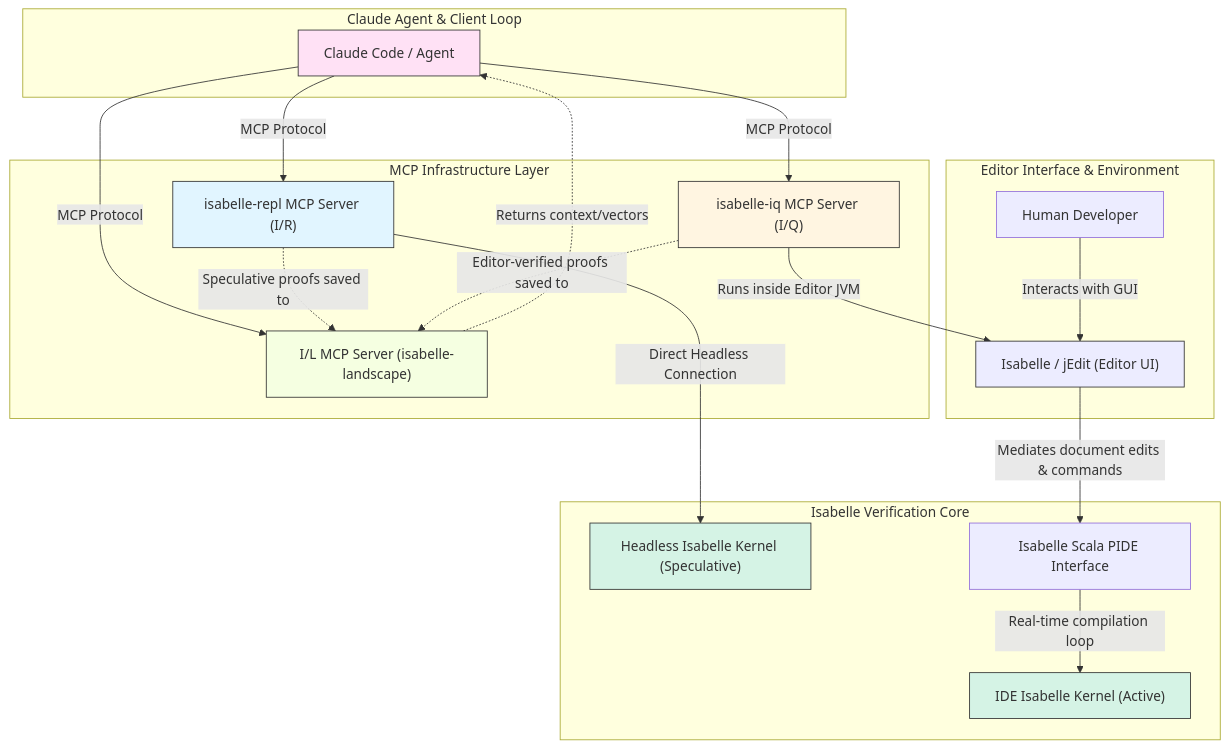
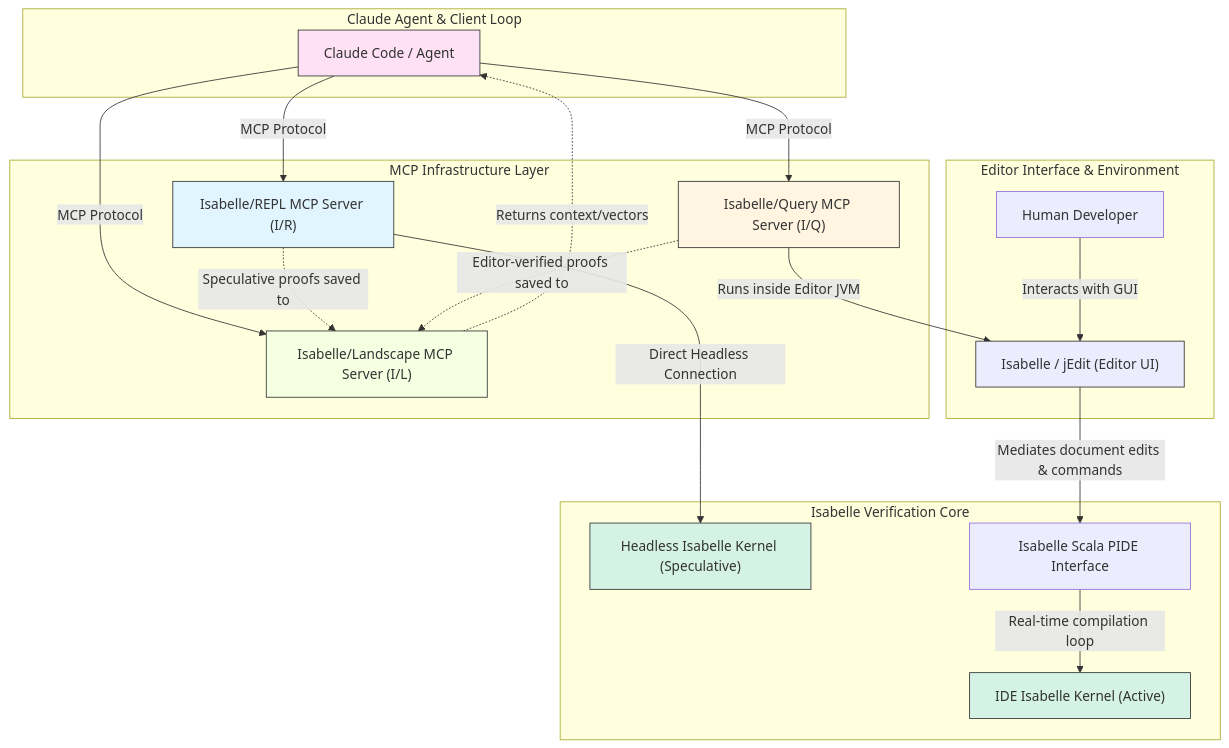
The second of 2 diagrams in I_L Technical Report.md (luizgcorreia/edel), drawn with Mermaid before and after one commit. The commit also changed other lines of this file, not shown here.

Commit message:
Update technical report with landscape height calculation and significance search features

````diff
--- a/I_L Technical Report.md
+++ b/I_L Technical Report.md
@@ -326,50 +360,50 @@
 ```mermaid
 graph TB
     subgraph "Claude Agent & Client Loop"
         Claude["Claude Code / Agent"]
     end
 
     subgraph "MCP Infrastructure Layer"
-        RAG["I/L MCP Server (isabelle-landscape)"]
-        IR["isabelle-repl MCP Server (I/R)"]
-        IQ["isabelle-iq MCP Server (I/Q)"]
+        RAG["Isabelle/Landscape MCP Server (I/L)"]
+        IR["Isabelle/REPL MCP Server (I/R)"]
+        IQ["Isabelle/Query MCP Server (I/Q)"]
     end
 
     subgraph "Editor Interface & Environment"
         jEdit["Isabelle / jEdit (Editor UI)"]
         Human["Human Developer"]
     end
 
     subgraph "Isabelle Verification Core"
         HeadlessKernel["Headless Isabelle Kernel (Speculative)"]
         PIDE["Isabelle Scala PIDE Interface"]
         LiveKernel["IDE Isabelle Kernel (Active)"]
     end
 
     %% Connections
     Claude -->|MCP Protocol| RAG
     Claude -->|MCP Protocol| IR
     Claude -->|MCP Protocol| IQ
 
     %% Headless I/R flow
     IR -->|Direct Headless Connection| HeadlessKernel
 
     %% IDE I/Q flow
     IQ -->|Runs inside Editor JVM| jEdit
     Human -->|Interacts with GUI| jEdit
     jEdit -->|Mediates document edits & commands| PIDE
     PIDE -->|Real-time compilation loop| LiveKernel
 
     %% Data integration
     RAG -.->|Returns context/vectors| Claude
     IR -.->|Speculative proofs saved to| RAG
     IQ -.->|Editor-verified proofs saved to| RAG
 
     style Claude fill:#ffe1f5,stroke:#333
     style RAG fill:#f5ffe1,stroke:#333
     style IR fill:#e1f5ff,stroke:#333
     style IQ fill:#fff5e1,stroke:#333
     style jEdit fill:#ececff,stroke:#333
     style LiveKernel fill:#d5f3e5,stroke:#333
     style HeadlessKernel fill:#d5f3e5,stroke:#333
 ```
````
